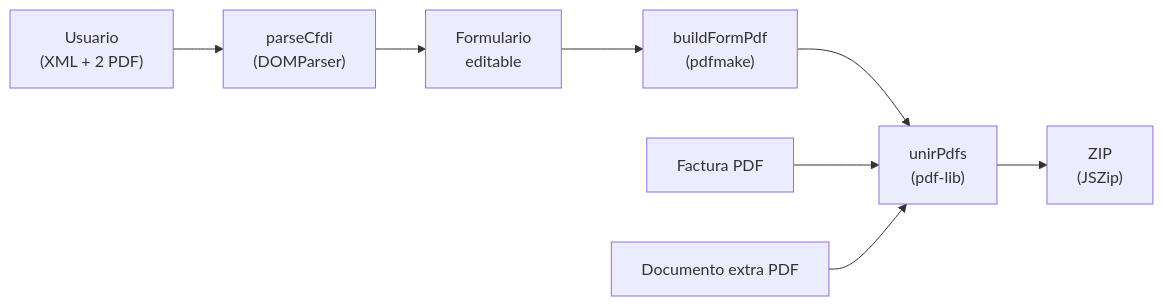
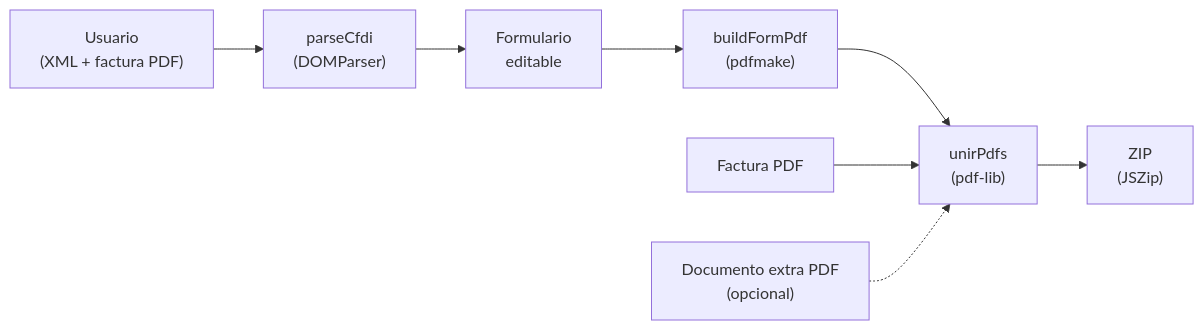
One commit to juan-pablo-lopez/recuperacion-facturas changed the diagram in README.md. Above: the diagram before and after it, drawn with Mermaid. The commit also changed other lines of this file and 3 other files, not shown here.

First line of the commit message:
El documento extra ahora es opcional

````diff
--- a/README.md
+++ b/README.md
@@ -17,10 +18,10 @@
 ```mermaid
 flowchart LR
-  U["Usuario<br/>(XML + 2 PDF)"] --> P["parseCfdi<br/>(DOMParser)"]
+  U["Usuario<br/>(XML + factura PDF)"] --> P["parseCfdi<br/>(DOMParser)"]
   P --> F["Formulario<br/>editable"]
   F --> B["buildFormPdf<br/>(pdfmake)"]
   B --> M["unirPdfs<br/>(pdf-lib)"]
   FAC["Factura PDF"] --> M
-  EXT["Documento extra PDF"] --> M
+  EXT["Documento extra PDF<br/>(opcional)"] -.-> M
   M --> Z["ZIP<br/>(JSZip)"]
 ```
````
